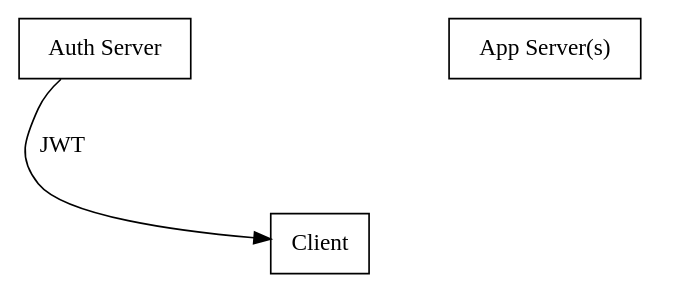
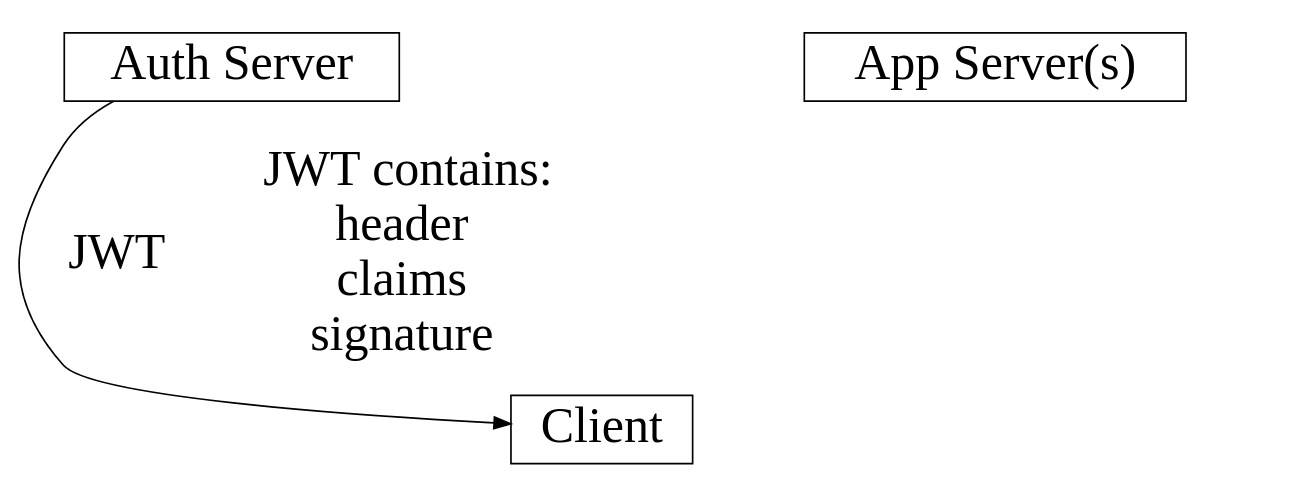
Before and after one commit to aocks/ox_jwt: the third of 9 diagrams in docs/slides.org, drawn with Graphviz. The commit also changed other lines of this file and 2 other files, not shown here.

```diff
--- a/docs/slides.org
+++ b/docs/slides.org
@@ -181,28 +252,34 @@
 #+begin_src dot :cmdline -Kdot -Tjpg :exports results :file images/jwt-auth-vs-app-auth-response.jpg :eval never-export
 
 digraph auth_system {
+    node [fontsize="30"];
+    edge [fontsize="30"];
+
     // Define subgraphs
     subgraph top {
         rank=same;
         AuthServer [label="Auth Server", shape=box];
         hidden [style=invis];
         AppServer [label="App Server(s)", shape=box];
     }
 
     subgraph bottom {
         rank=same;
         Client [label="Client", shape=box];
     }
 
+    AppServer -> hidden [style=invis];
+
     // Define connections
+    Client -> AuthServer [label="  JWT contains:\nheader\nclaims\nsignature", color=none,constraint=false, splines=ortho];
     AuthServer -> Client [label="JWT", constraint=false, splines=ortho];
-    Client -> AuthServer [label="Authenticate\n(e.g., login\nor OAuth)", constraint=false, splines=ortho,style=invis];
+//    Client -> AuthServer [label="Authenticate\n(e.g., login\nor OAuth)", constraint=false, splines=ortho,style=invis];
     Client -> AppServer [label="Request Service\nusing JWT", constraint=false, splines=ortho,style=invis];
 
     // Define hidden edges to force layout
     AuthServer -> hidden [style=invis];
     hidden -> AppServer [style=invis];
     hidden -> Client [style=invis];
 }
 
 #+end_src
```
